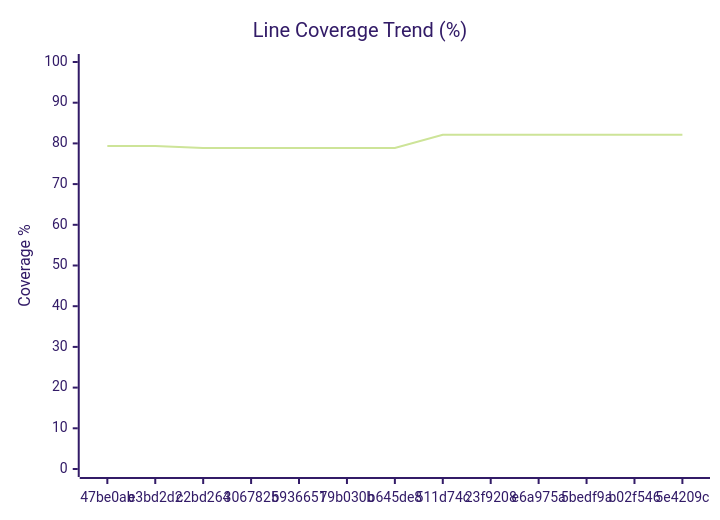
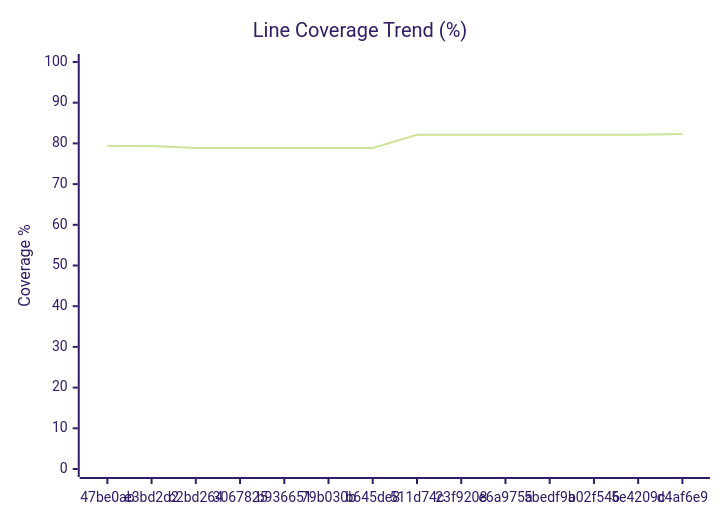
One commit to googlemaps/android-maps-testing changed the diagram in COVERAGE.md. Above: the diagram before and after it, drawn with Mermaid (forest theme). The commit also changed other lines of this file and 2 other files, not shown here.

````diff
--- a/COVERAGE.md
+++ b/COVERAGE.md
@@ -52,7 +52,7 @@
 ```mermaid
 xychart-beta
     title "Line Coverage Trend (%)"
-    x-axis ["47be0ab", "e3bd2d2", "c2bd264", "3067825", "b936651", "79b030b", "b645de8", "511d74c", "23f9208", "e6a975a", "5bedf9a", "b02f546", "5e4209c"]
+    x-axis ["47be0ab", "e3bd2d2", "c2bd264", "3067825", "b936651", "79b030b", "b645de8", "511d74c", "23f9208", "e6a975a", "5bedf9a", "b02f546", "5e4209c", "d4af6e9"]
     y-axis "Coverage %" 0 --> 100
-    line [79.34, 79.34, 78.88, 78.88, 78.88, 78.88, 78.88, 82.12, 82.12, 82.12, 82.12, 82.12, 82.12]
+    line [79.34, 79.34, 78.88, 78.88, 78.88, 78.88, 78.88, 82.12, 82.12, 82.12, 82.12, 82.12, 82.12, 82.28]
 ```
````
